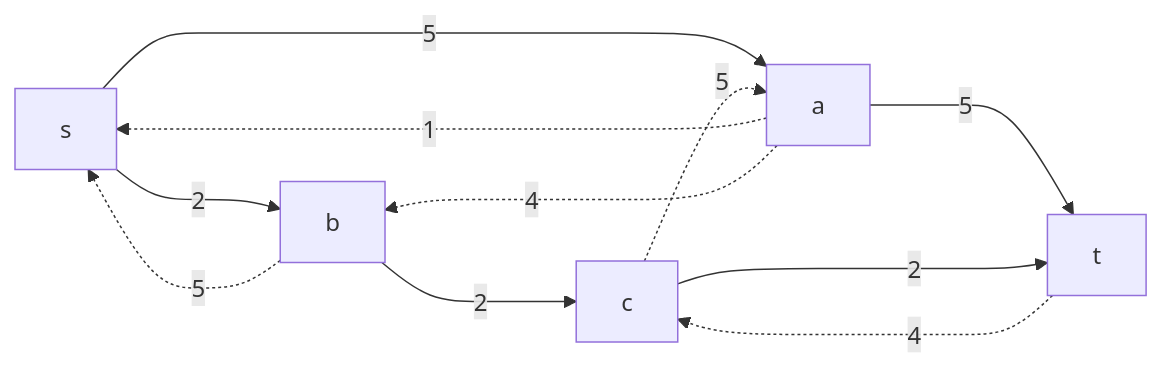
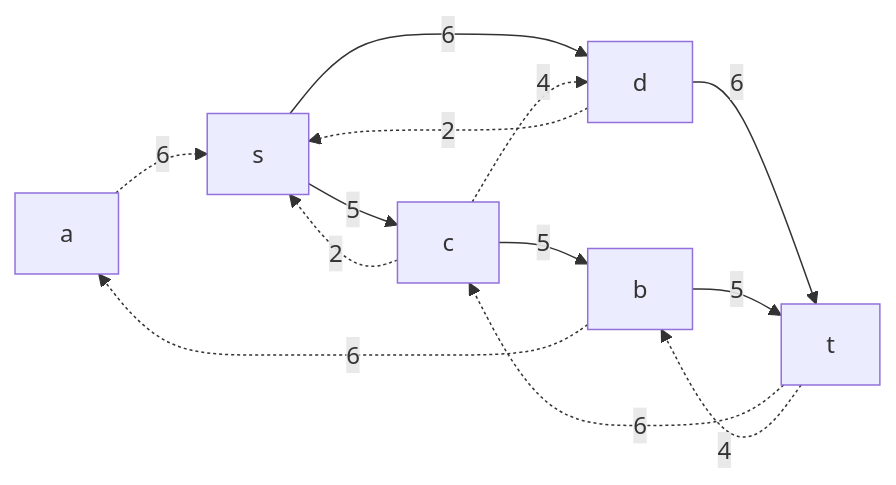
One commit to hse-algo-24-raven/manual-tasks-raven changed the sixth of 11 diagrams in task-9/pustobek.md. Above: the diagram before and after it, drawn with Mermaid. The commit also changed other lines of this file, not shown here.

````diff
--- a/task-9/pustobek.md
+++ b/task-9/pustobek.md
@@ -86,13 +93,15 @@
 ```mermaid
 graph LR
-    s--->|2|b
-    a-.->|1|s
-    s--->|5|a
-    b-.->|5|s
-    a-.->|4|b
-    c-.->|5|a
-    b--->|2|c
-    a--->|5|t
-    t-.->|4|c
-    c--->|2|t
+    a-.->|6|s
+    c-.->|2|s
+    s-->|5|c
+    d-.->|2|s
+    s-->|6|d
+    b-.->|6|a
+    c-->|5|b
+    c-.->|4|d
+    t-.->|6|c
+    d-->|6|t
+    t-.->|4|b
+    b-->|5|t
 ```
````
